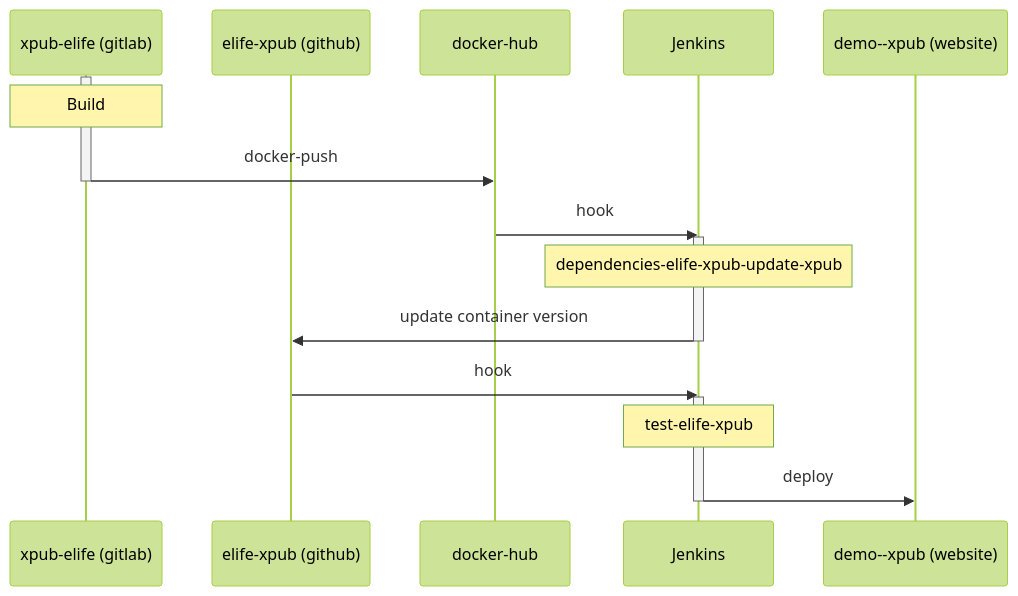
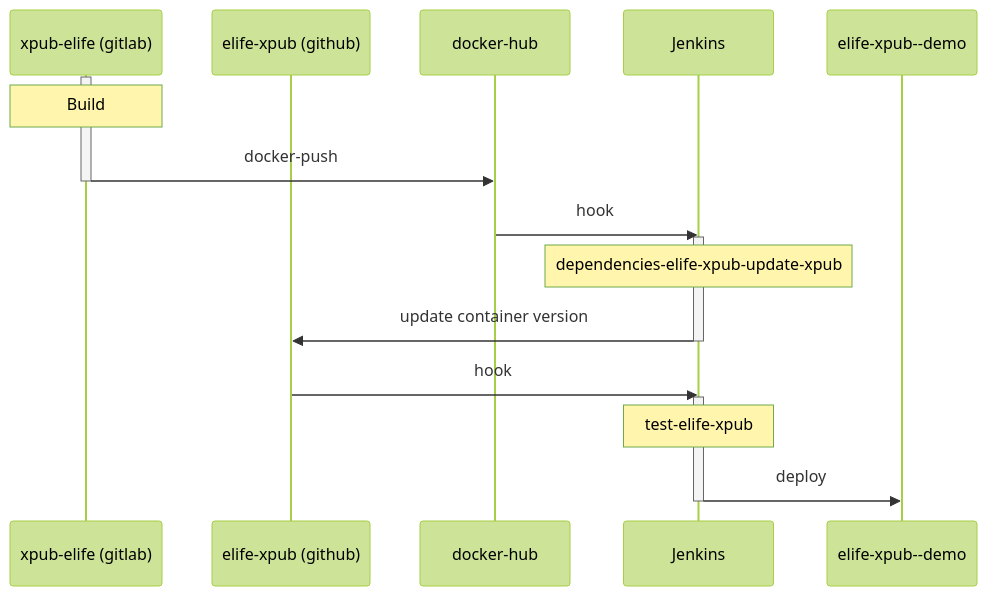
Before and after one commit to elifesciences/elife-xpub: the diagram in README.md, drawn with Mermaid (forest theme).

Commit message:
Rename 'demo--xpub' to 'elife-xpub--demo'

````diff
--- a/README.md
+++ b/README.md
@@ -52,27 +52,27 @@
 ```mermaid
 sequenceDiagram
     participant GL as xpub-elife (gitlab)
     participant GH as elife-xpub (github)
     participant DH as docker-hub
     participant JK as Jenkins
-    participant WEB as demo--xpub (website)
+    participant WEB as elife-xpub--demo
 
     activate GL
     Note over GL: Build
     GL ->> DH: docker-push
     deactivate GL
     DH ->> JK: hook
 
     activate JK
     Note over JK: dependencies-elife-xpub-update-xpub
     JK ->> GH: update container version
     deactivate JK
 
     GH ->> JK: hook
 
     activate JK
     Note over JK: test-elife-xpub
     JK ->> WEB: deploy
     deactivate JK
 
 ```
````
